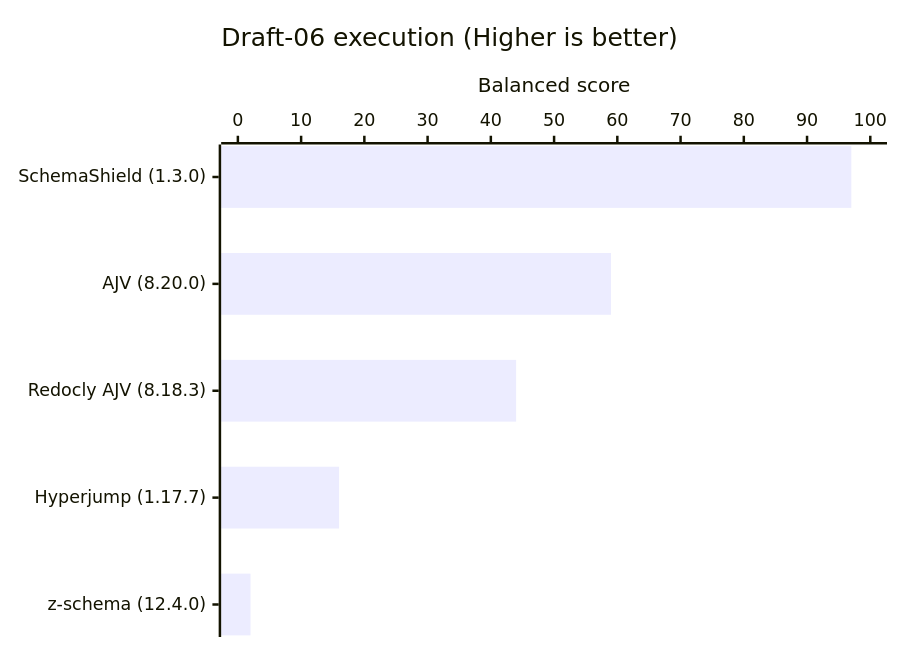
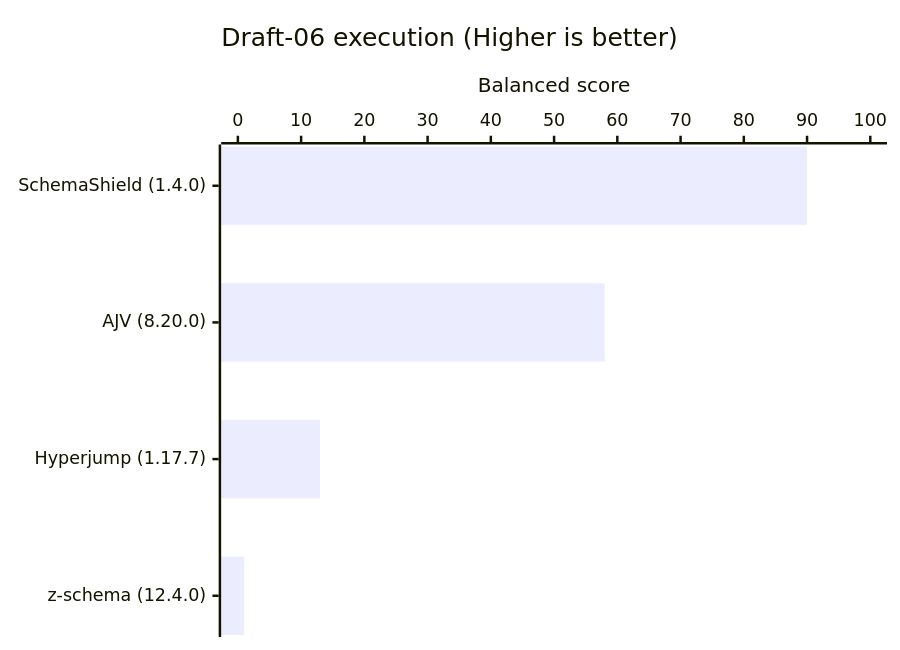
The third of 8 diagrams in README.md (Masquerade-Circus/json-schema-validator-bench), drawn with Mermaid before and after one commit. The commit also changed other lines of this file and 228 other files, not shown here.

````diff
--- a/README.md
+++ b/README.md
@@ -148,7 +156,7 @@
 ```mermaid
 xychart horizontal
     title "Draft-06 execution (Higher is better)"
-    x-axis ["SchemaShield (1.3.0)", "AJV (8.20.0)", "Redocly AJV (8.18.3)", "Hyperjump (1.17.7)", "z-schema (12.4.0)"]
+    x-axis ["SchemaShield (1.4.0)", "AJV (8.20.0)", "Hyperjump (1.17.7)", "z-schema (12.4.0)"]
     y-axis "Balanced score" 0 --> 100
-    bar [97, 59, 44, 16, 2]
+    bar [90, 58, 13, 1]
 ```
````
